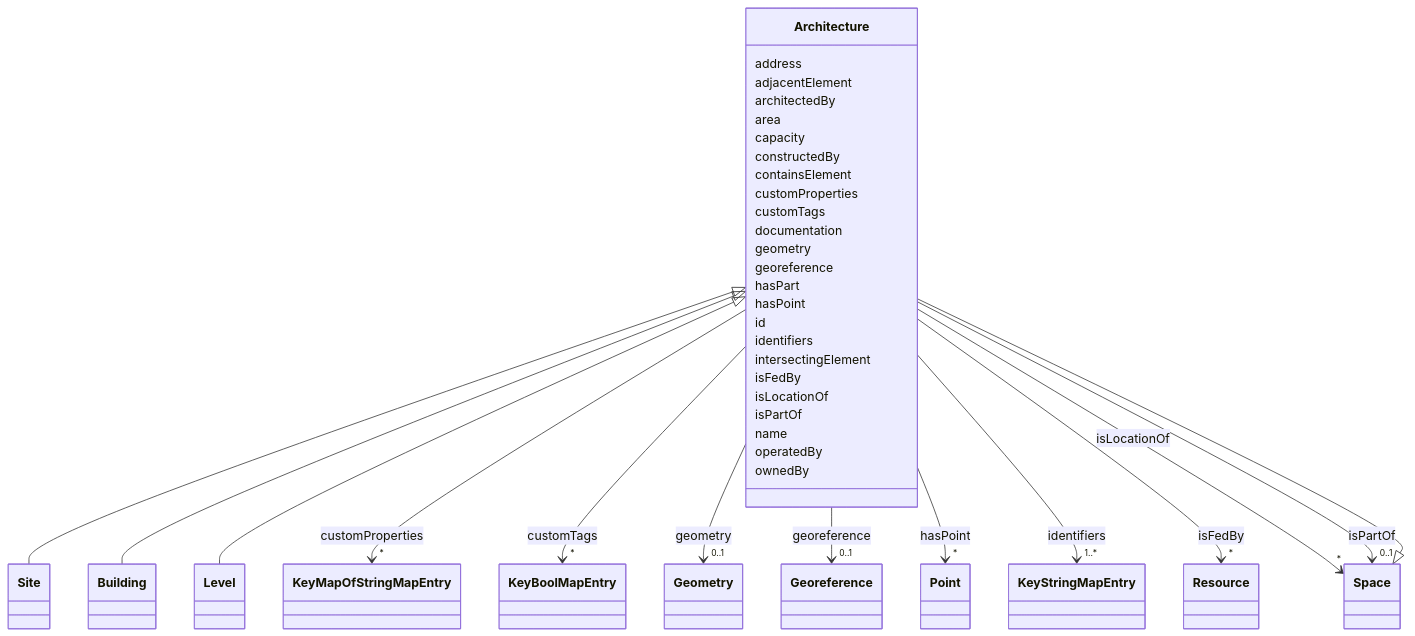
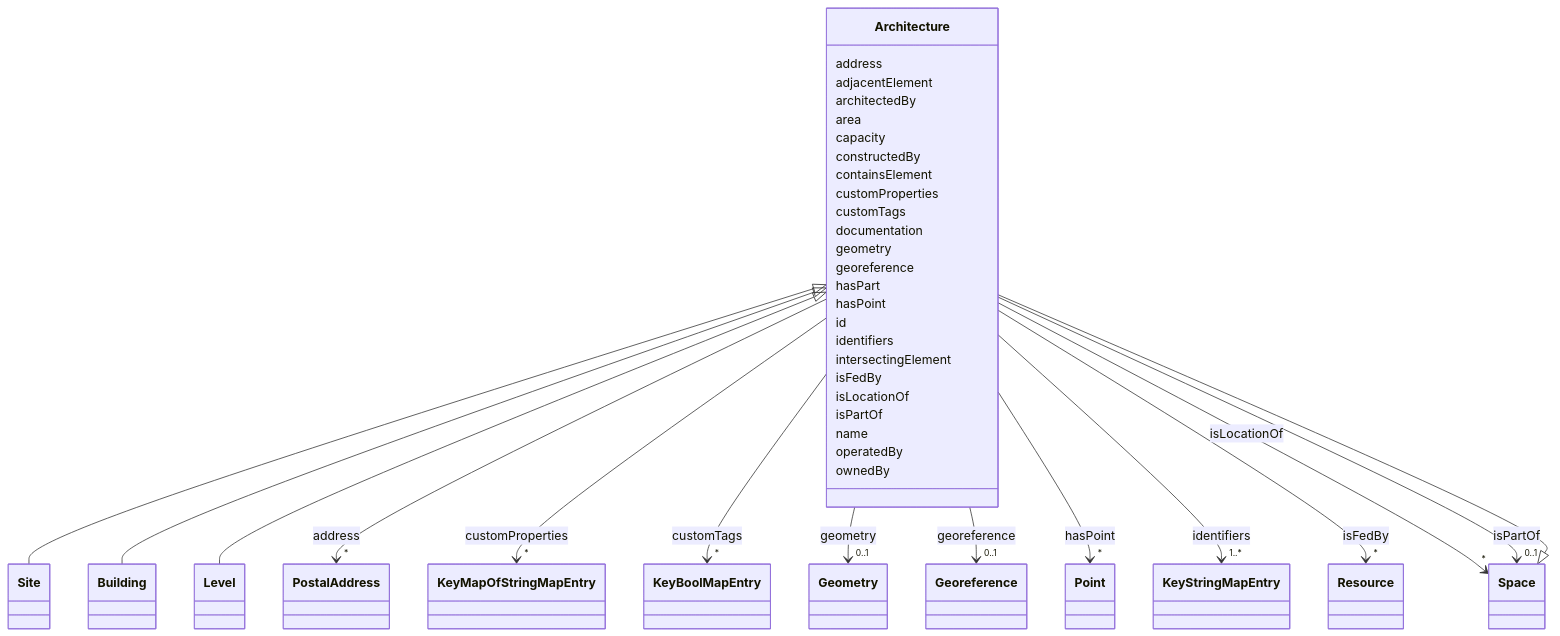
The diagram in docs/Architecture.md (takashikasuya/smartbuiding_ontology), drawn with Mermaid before and after one commit. The commit also changed other lines of this file and 57 other files, not shown here.

First line of the commit message:
Refactor documentation and schema for building model

```diff
--- a/docs/Architecture.md
+++ b/docs/Architecture.md
@@ -32,6 +34,15 @@
       
 
       Architecture : address
+        
+          
+    
+        
+        
+        Architecture --> "*" PostalAddress : address
+        click PostalAddress href "../PostalAddress/"
+    
+
         
       Architecture : adjacentElement
         
```
